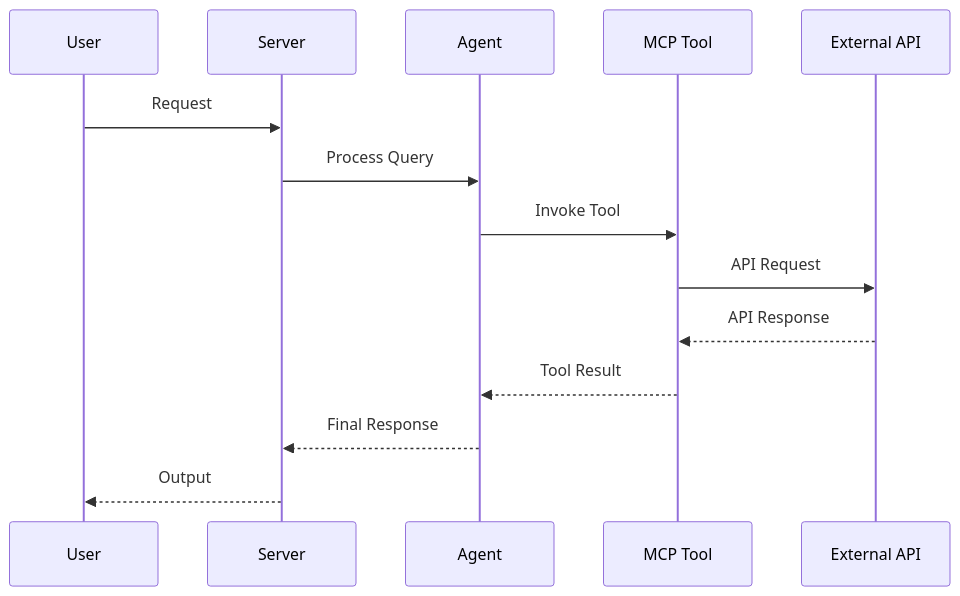
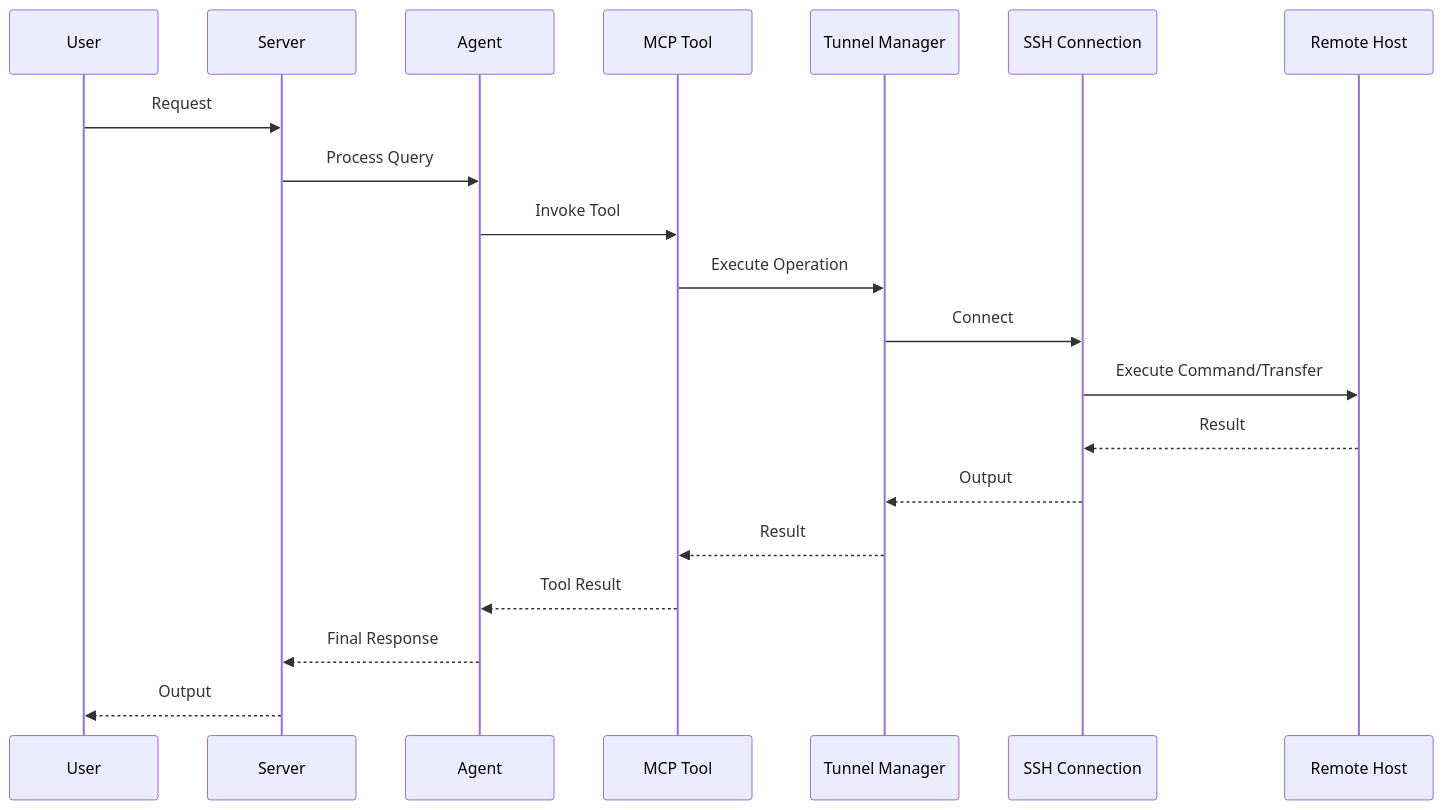
Before and after one commit to Knuckles-Team/tunnel-manager: the second of 2 diagrams in AGENTS.md, drawn with Mermaid. The commit also changed other lines of this file and 28 other files, not shown here.

````diff
--- a/AGENTS.md
+++ b/AGENTS.md
@@ -25,17 +40,23 @@
 ```mermaid
 sequenceDiagram
     participant U as User
     participant S as Server
     participant A as Agent
     participant T as MCP Tool
-    participant API as External API
+    participant TM as Tunnel Manager
+    participant SSH as SSH Connection
+    participant RH as Remote Host
 
     U->>S: Request
     S->>A: Process Query
     A->>T: Invoke Tool
-    T->>API: API Request
-    API-->>T: API Response
+    T->>TM: Execute Operation
+    TM->>SSH: Connect
+    SSH->>RH: Execute Command/Transfer
+    RH-->>SSH: Result
+    SSH-->>TM: Output
+    TM-->>T: Result
     T-->>A: Tool Result
     A-->>S: Final Response
     S-->>U: Output
 ```
````
